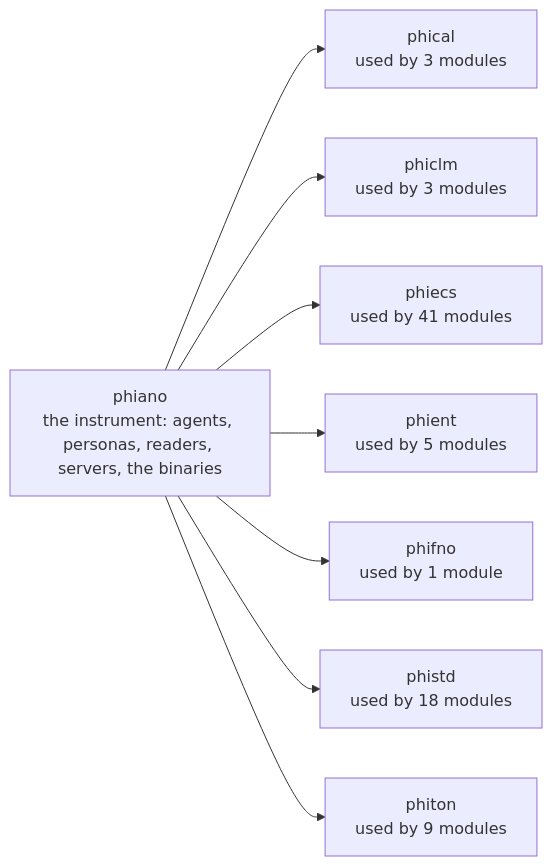
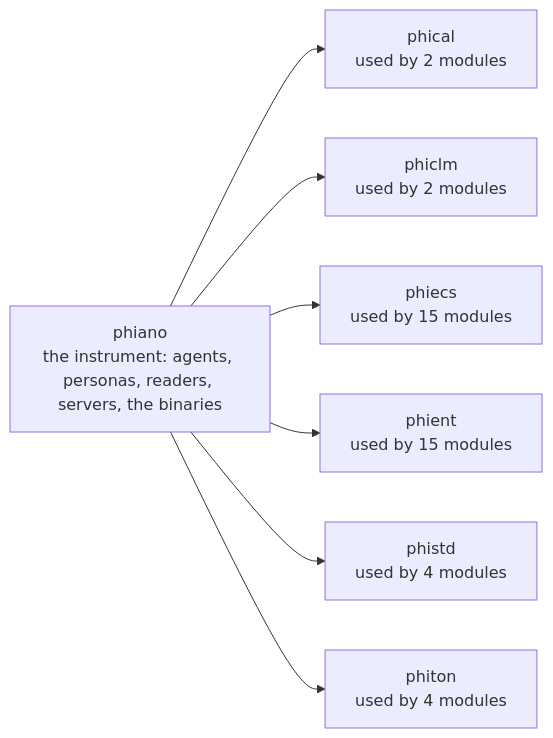
Before and after one commit to gemphi/phiano: the first of 3 diagrams in ARCHITECTURE.md, drawn with Mermaid. The commit also changed other lines of this file and 319 other files, not shown here.

````diff
--- a/ARCHITECTURE.md
+++ b/ARCHITECTURE.md
@@ -5,18 +5,16 @@
 ```mermaid
 graph LR
     C["phiano<br/>the instrument: agents, personas, readers, servers, the binaries"]
-    X_phical["phical<br/>used by 3 modules"]
+    X_phical["phical<br/>used by 2 modules"]
     C --> X_phical
-    X_phiclm["phiclm<br/>used by 3 modules"]
+    X_phiclm["phiclm<br/>used by 2 modules"]
     C --> X_phiclm
-    X_phiecs["phiecs<br/>used by 41 modules"]
+    X_phiecs["phiecs<br/>used by 15 modules"]
     C --> X_phiecs
-    X_phient["phient<br/>used by 5 modules"]
+    X_phient["phient<br/>used by 15 modules"]
     C --> X_phient
-    X_phifno["phifno<br/>used by 1 module"]
-    C --> X_phifno
-    X_phistd["phistd<br/>used by 18 modules"]
+    X_phistd["phistd<br/>used by 4 modules"]
     C --> X_phistd
-    X_phiton["phiton<br/>used by 9 modules"]
+    X_phiton["phiton<br/>used by 4 modules"]
     C --> X_phiton
 ```
````
